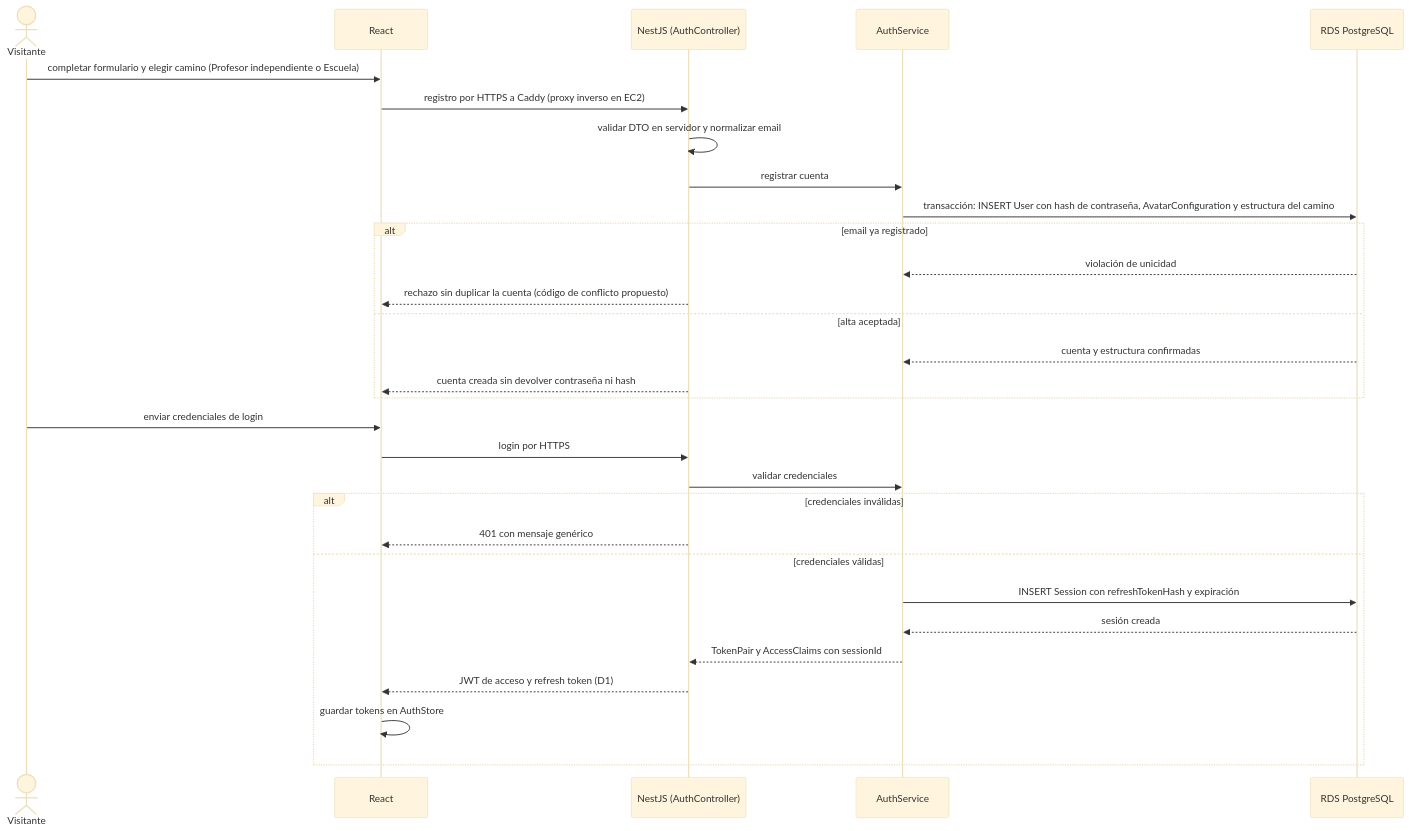
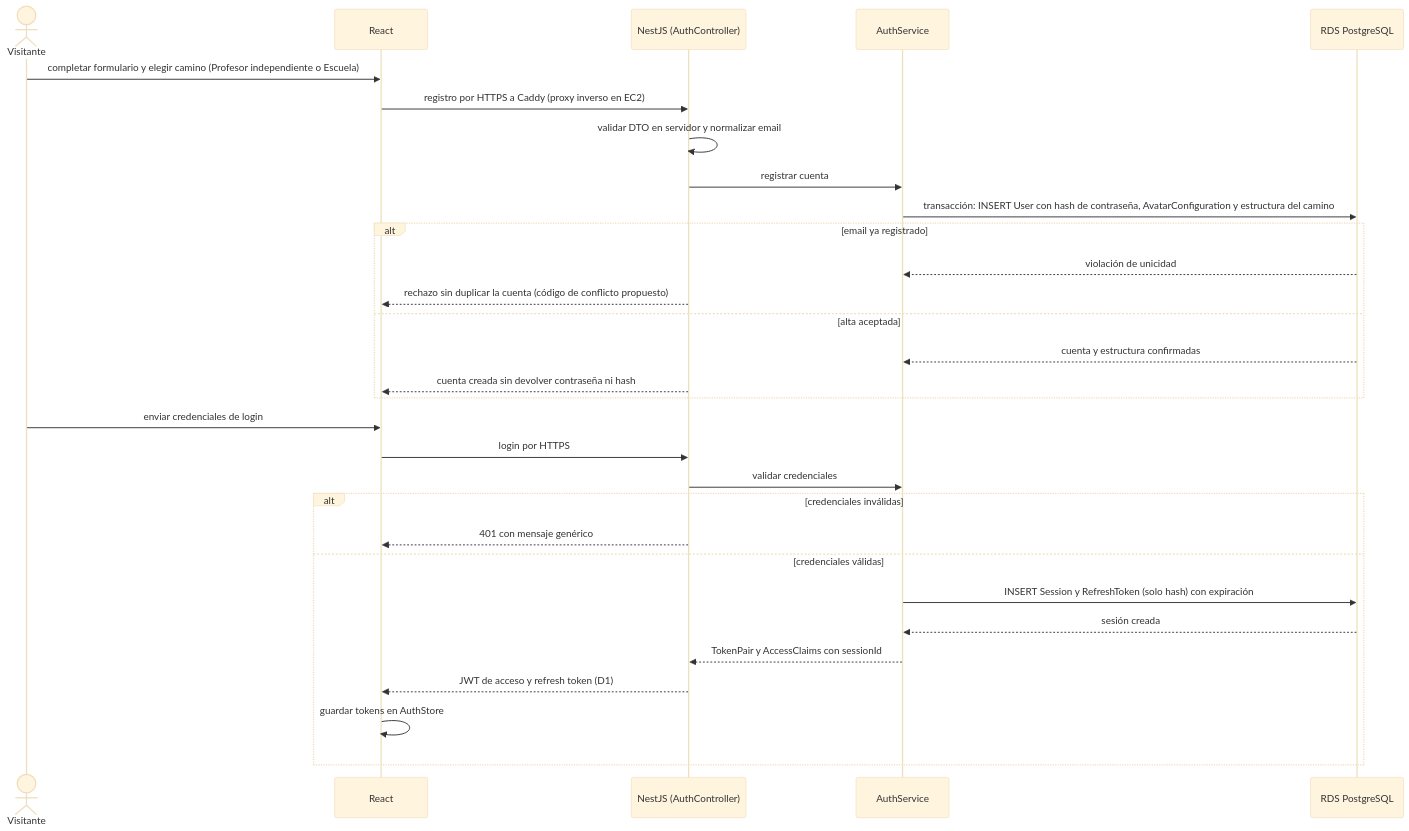
The first of 7 diagrams in docs/diagrams/04-behavioral/core-flows.md (Agustin742/integratec-final-back), drawn with Mermaid (base theme) before and after one commit. The commit also changed 28 other files, not shown here.

First line of the commit message:
feat(auth): add login with hashed refresh tokens and session verifier

````diff
--- a/docs/diagrams/04-behavioral/core-flows.md
+++ b/docs/diagrams/04-behavioral/core-flows.md
@@ -32,33 +32,33 @@
 ```mermaid
 sequenceDiagram
     actor user as Visitante
     participant web as React
     participant api as NestJS (AuthController)
     participant svc as AuthService
     participant db as RDS PostgreSQL
 
     user->>web: completar formulario y elegir camino (Profesor independiente o Escuela)
     web->>api: registro por HTTPS a Caddy (proxy inverso en EC2)
     api->>api: validar DTO en servidor y normalizar email
     api->>svc: registrar cuenta
     svc->>db: transacción: INSERT User con hash de contraseña, AvatarConfiguration y estructura del camino
     alt email ya registrado
         db-->>svc: violación de unicidad
         api-->>web: rechazo sin duplicar la cuenta (código de conflicto propuesto)
     else alta aceptada
         db-->>svc: cuenta y estructura confirmadas
         api-->>web: cuenta creada sin devolver contraseña ni hash
     end
     user->>web: enviar credenciales de login
     web->>api: login por HTTPS
     api->>svc: validar credenciales
     alt credenciales inválidas
         api-->>web: 401 con mensaje genérico
     else credenciales válidas
-        svc->>db: INSERT Session con refreshTokenHash y expiración
+        svc->>db: INSERT Session y RefreshToken (solo hash) con expiración
         db-->>svc: sesión creada
         svc-->>api: TokenPair y AccessClaims con sessionId
         api-->>web: JWT de acceso y refresh token (D1)
         web->>web: guardar tokens en AuthStore
     end
 ```
````
